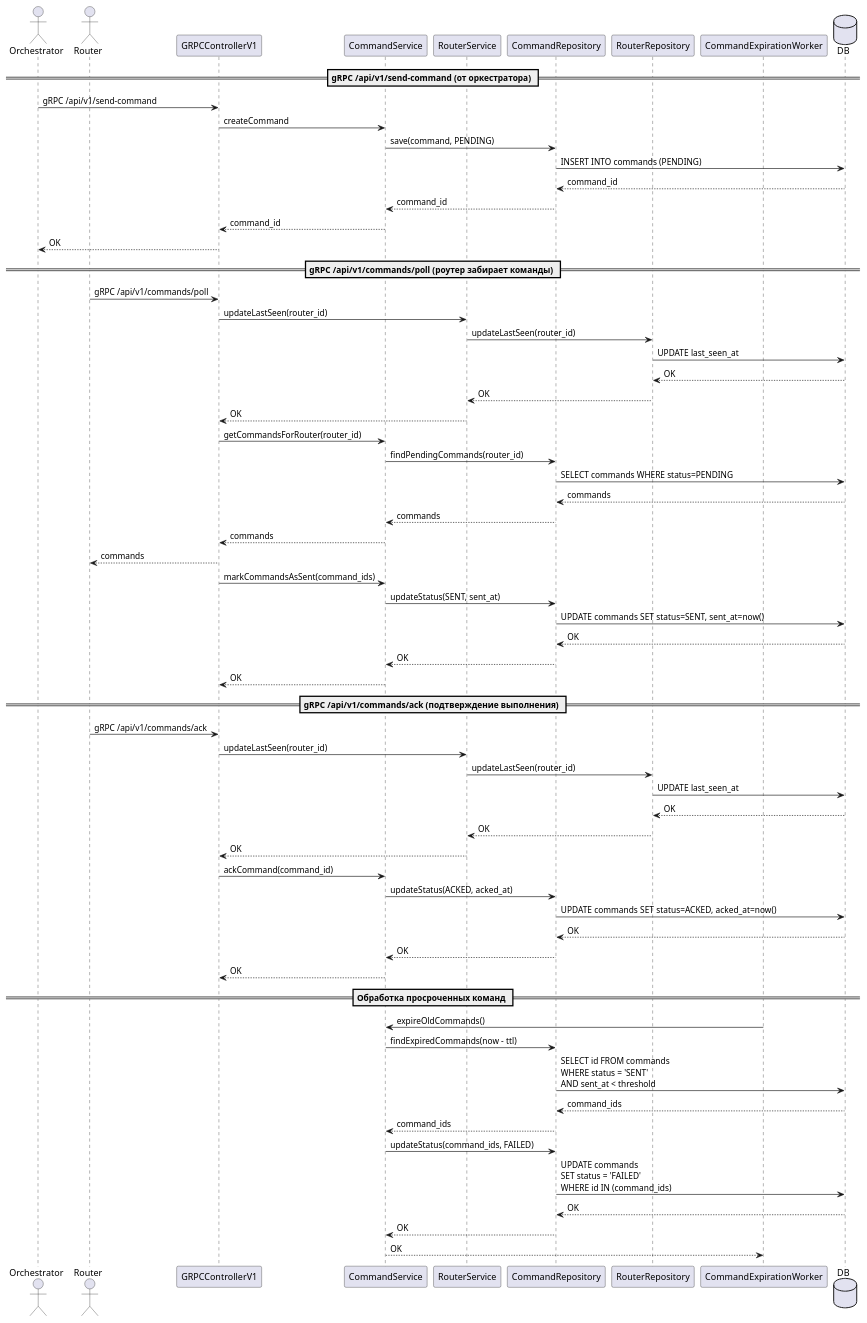
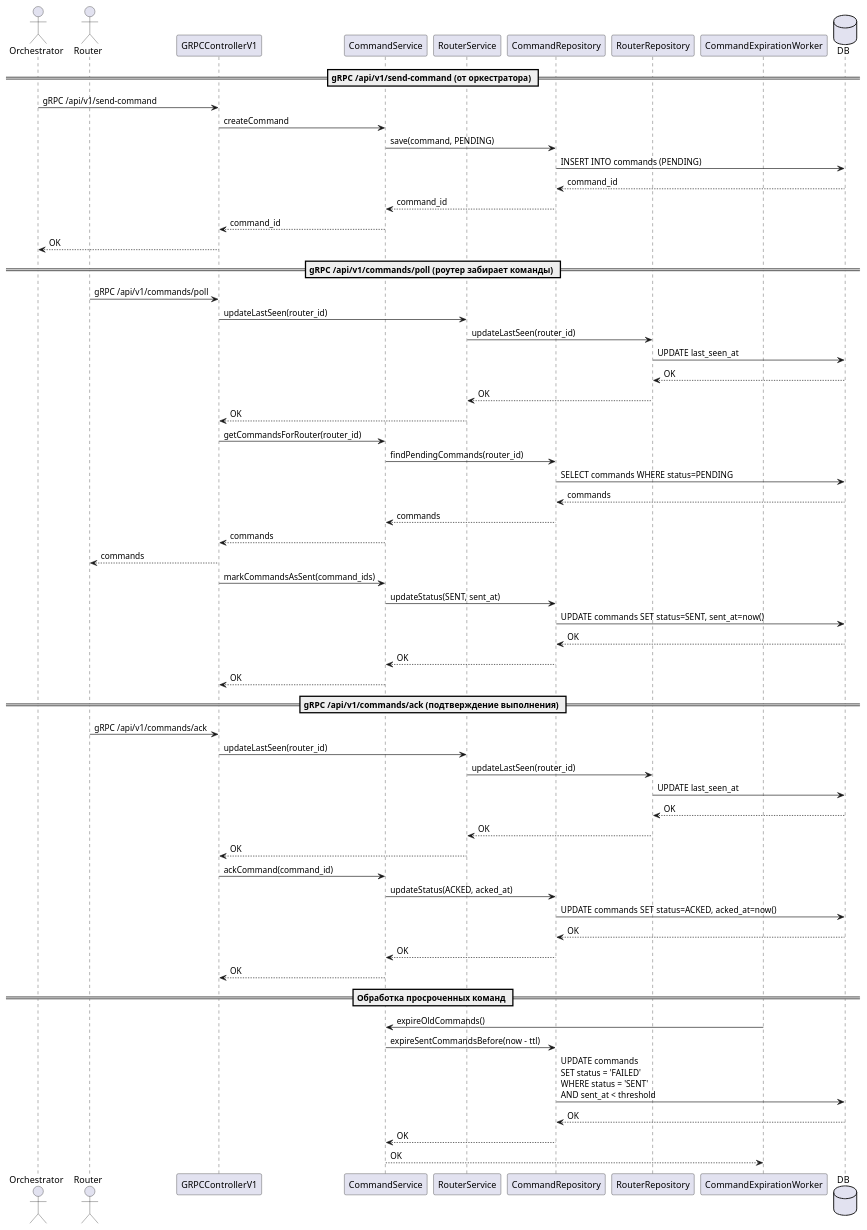
The diagram in router-manager/diagrams/sequence.puml (SinglePlayer56/iot), drawn with PlantUML before and after one commit. The commit also changed 7 other files, not shown here.

```diff
--- a/router-manager/diagrams/sequence.puml
+++ b/router-manager/diagrams/sequence.puml
@@ -1,82 +1,76 @@
 @startuml
 
 actor Orchestrator
 actor Router
 
 participant "GRPCControllerV1" as GRPC
 participant "CommandService" as CS
 participant "RouterService" as RS
 participant "CommandRepository" as CR
 participant "RouterRepository" as RR
 participant "CommandExpirationWorker" as W
 database "DB" as DB
 
 == gRPC /api/v1/send-command (от оркестратора) ==
 
 Orchestrator -> GRPC : gRPC /api/v1/send-command
 GRPC -> CS : createCommand
 CS -> CR : save(command, PENDING)
 CR -> DB : INSERT INTO commands (PENDING)
 DB --> CR : command_id
 CR --> CS : command_id
 CS --> GRPC : command_id
 GRPC --> Orchestrator : OK
 
 == gRPC /api/v1/commands/poll (роутер забирает команды) ==
 
 Router -> GRPC : gRPC /api/v1/commands/poll
 GRPC -> RS : updateLastSeen(router_id)
 RS -> RR : updateLastSeen(router_id)
 RR -> DB : UPDATE last_seen_at
 DB --> RR: OK
 RR --> RS: OK
 RS --> GRPC: OK
 
 GRPC -> CS : getCommandsForRouter(router_id)
 CS -> CR : findPendingCommands(router_id)
 CR -> DB : SELECT commands WHERE status=PENDING
 DB --> CR : commands
 CR --> CS : commands
 CS --> GRPC : commands
 GRPC --> Router : commands
 
 GRPC -> CS : markCommandsAsSent(command_ids)
 CS -> CR : updateStatus(SENT, sent_at)
 CR -> DB : UPDATE commands SET status=SENT, sent_at=now()
 DB --> CR: OK
 CR --> CS: OK
 CS --> GRPC: OK
 
 == gRPC /api/v1/commands/ack (подтверждение выполнения) ==
 
 Router -> GRPC : gRPC /api/v1/commands/ack
 GRPC -> RS : updateLastSeen(router_id)
 RS -> RR : updateLastSeen(router_id)
 RR -> DB : UPDATE last_seen_at
 DB --> RR: OK
 RR --> RS: OK
 RS --> GRPC: OK
 
 GRPC -> CS : ackCommand(command_id)
 CS -> CR : updateStatus(ACKED, acked_at)
 CR -> DB : UPDATE commands SET status=ACKED, acked_at=now()
 DB --> CR : OK
 CR --> CS : OK
 CS --> GRPC : OK
 
 == Обработка просроченных команд ==
 
 W -> CS : expireOldCommands()
-CS -> CR : findExpiredCommands(now - ttl)
-
-CR -> DB : SELECT id FROM commands\nWHERE status = 'SENT'\nAND sent_at < threshold
-DB --> CR : command_ids
-CR --> CS : command_ids
-
-CS -> CR : updateStatus(command_ids, FAILED)
-CR -> DB : UPDATE commands\nSET status = 'FAILED'\nWHERE id IN (command_ids)
+CS -> CR : expireSentCommandsBefore(now - ttl)
+CR -> DB : UPDATE commands\nSET status = 'FAILED'\nWHERE status = 'SENT'\nAND sent_at < threshold
 DB --> CR : OK
 CR --> CS : OK
 CS --> W : OK
 
 @enduml
```
